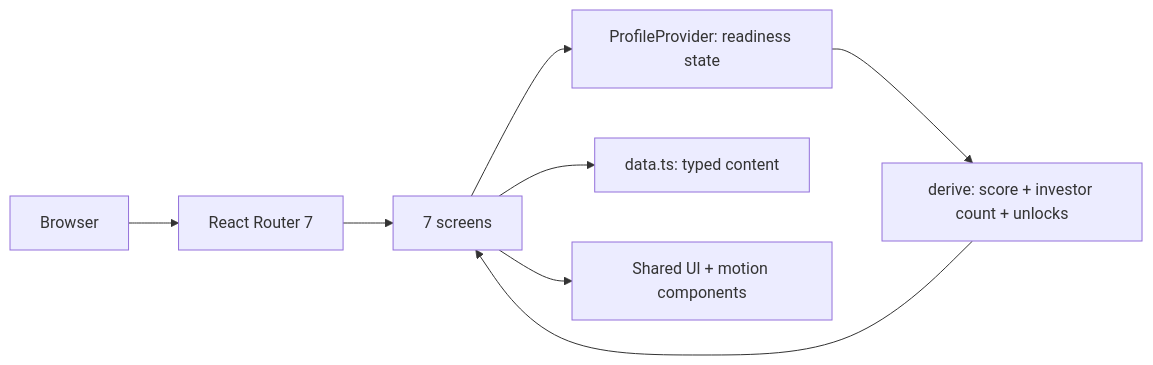
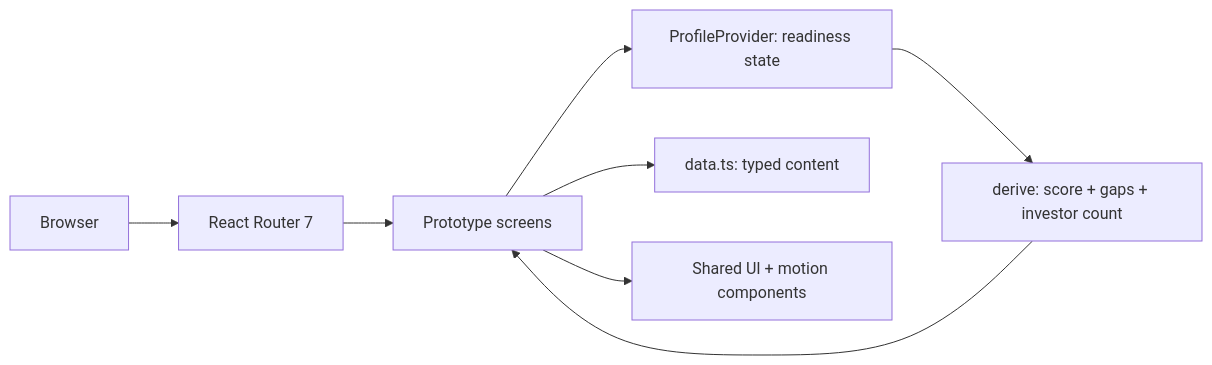
The diagram in README.md (kursat-dev/case-study-yon), drawn with Mermaid before and after one commit. The commit also changed other lines of this file and 1 other file, not shown here.

````diff
--- a/README.md
+++ b/README.md
@@ -60,10 +80,10 @@
 ```mermaid
 flowchart LR
     Browser --> Router[React Router 7]
-    Router --> Screens[7 screens]
+    Router --> Screens[Prototype screens]
     Screens --> Profile[ProfileProvider: readiness state]
     Screens --> Data[data.ts: typed content]
-    Profile --> Derive[derive: score + investor count + unlocks]
+    Profile --> Derive[derive: score + gaps + investor count]
     Derive --> Screens
     Screens --> UI[Shared UI + motion components]
 ```
````
